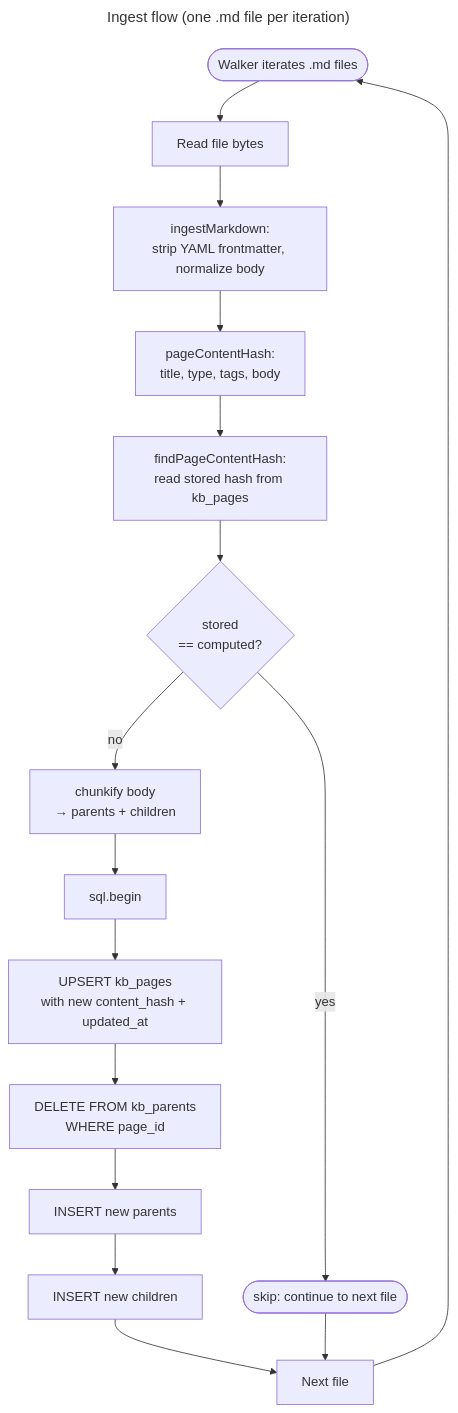
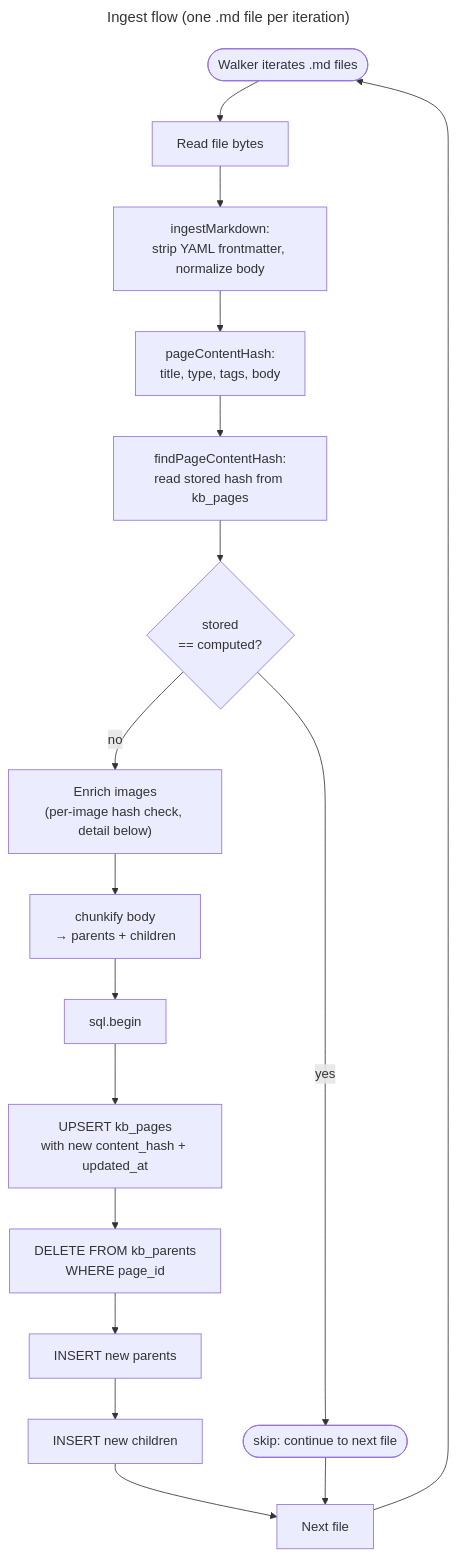
Before and after one commit to kyung-lee-official/neuxus: the first of 2 diagrams in docs/modern-knowledge-base-design/02-ingest.md, drawn with Mermaid. The commit also changed other lines of this file, not shown here.

Commit message:
feat (docs): update ingest flow documentation to include image-description enrichment details

````diff
--- a/docs/modern-knowledge-base-design/02-ingest.md
+++ b/docs/modern-knowledge-base-design/02-ingest.md
@@ -15,21 +15,22 @@
 ```mermaid
 ---
 title: Ingest flow (one .md file per iteration)
 ---
 flowchart TD
   Walker([Walker iterates .md files]) --> Read[Read file bytes]
   Read --> Parse["ingestMarkdown:<br/>strip YAML frontmatter, normalize body"]
-  Parse --> Hash["pageContentHash:<br/>title, type, tags, body"]
-  Hash --> Lookup["findPageContentHash:<br/>read stored hash from kb_pages"]
+  Parse --> HashBody["pageContentHash:<br/>title, type, tags, body"]
+  HashBody --> Lookup["findPageContentHash:<br/>read stored hash from kb_pages"]
   Lookup --> Match{stored<br/>== computed?}
   Match -- yes --> Skip([skip: continue to next file])
-  Match -- no --> Chunk["chunkify body<br/>→ parents + children"]
+  Match -- no --> Enrich["Enrich images<br/>(per-image hash check, detail below)"]
+  Enrich --> Chunk["chunkify body<br/>→ parents + children"]
   Chunk --> Tx[sql.begin]
   Tx --> Upsert["UPSERT kb_pages<br/>with new content_hash + updated_at"]
   Upsert --> Del["DELETE FROM kb_parents<br/>WHERE page_id"]
   Del --> InsP[INSERT new parents]
   InsP --> InsC[INSERT new children]
   InsC --> Next[Next file]
   Skip --> Next
   Next --> Walker
 ```
````
